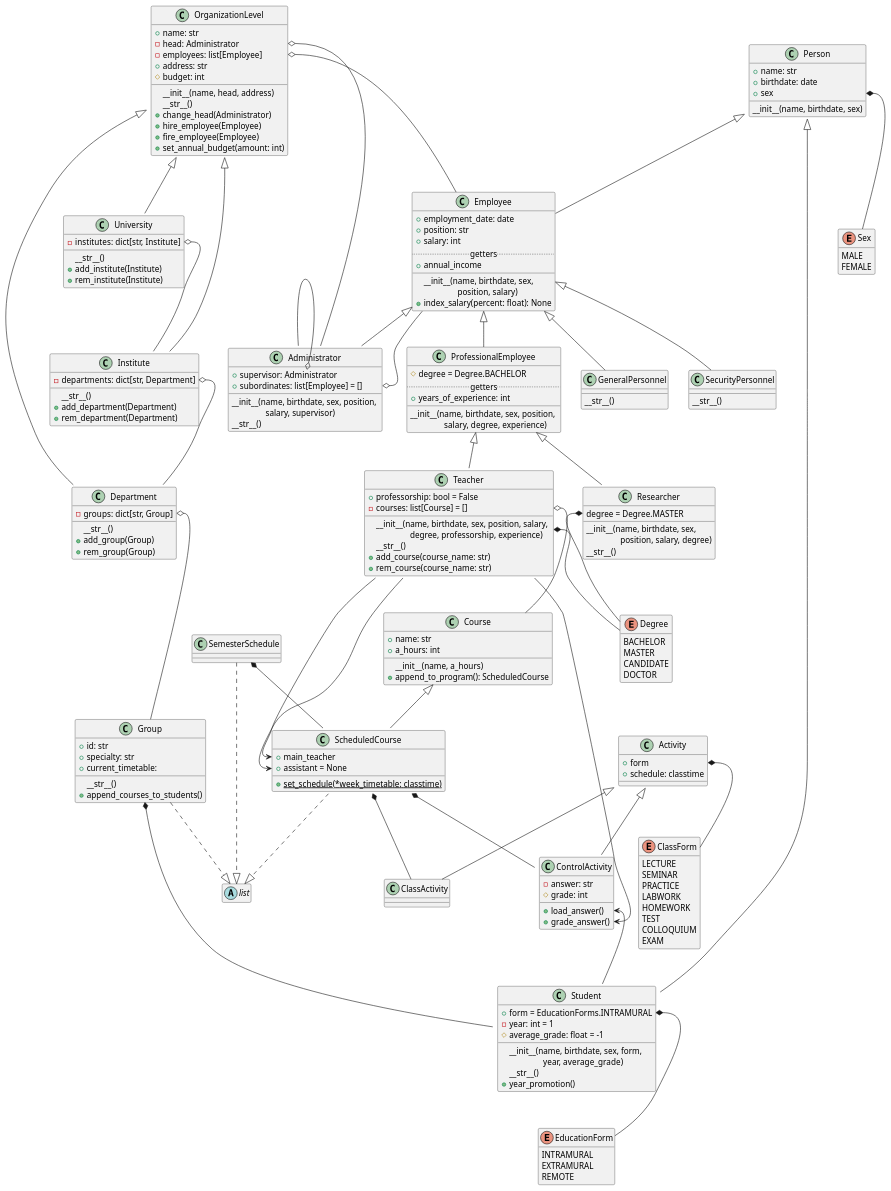
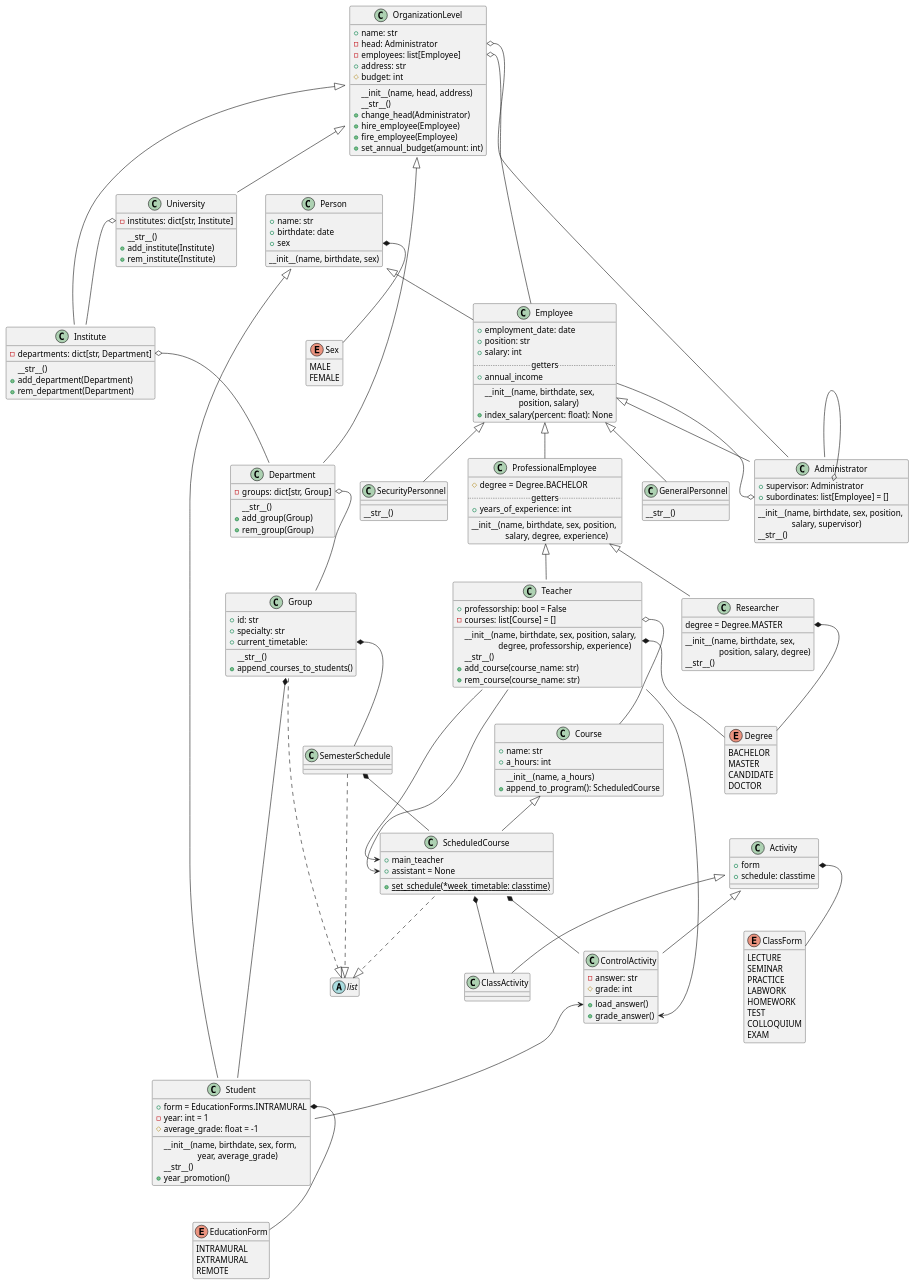
Before and after one commit to TOP-Python221/_scripts: the diagram in university.puml, drawn with PlantUML.

Commit message:
включение расписания в поле группы

```diff
--- a/university.puml
+++ b/university.puml
@@ -106,6 +106,7 @@
 }
 Group ..|> list
 Group *-- Student
+Group::current_timetable *-- SemesterSchedule
 
 
 
```
